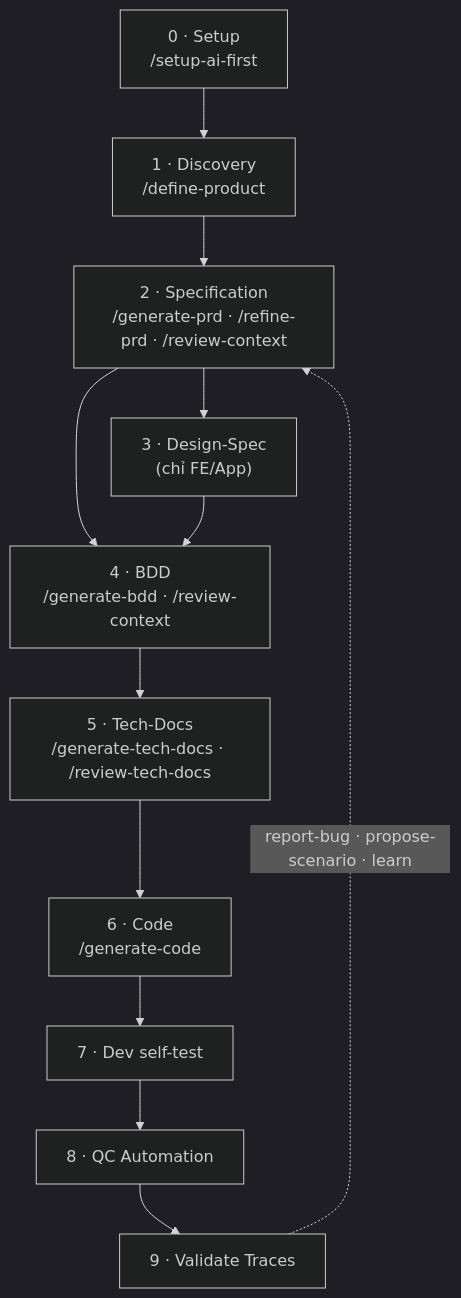
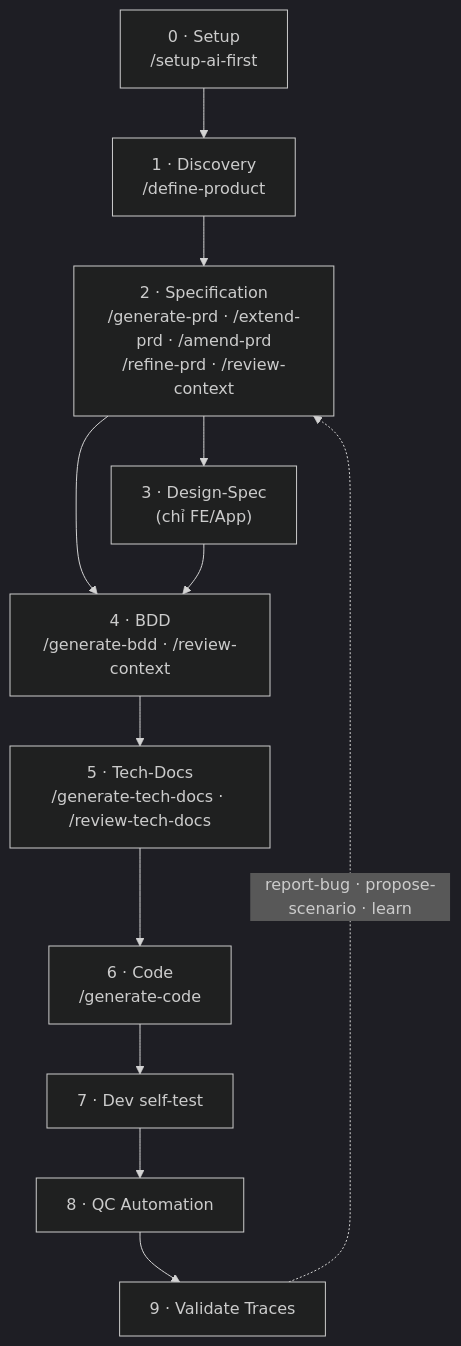
The diagram in 02-concepts/overview.md (duclm2/sdd-guide), drawn with Mermaid (dark theme) before and after one commit. The commit also changed 55 other files, not shown here.

````diff
--- a/02-concepts/overview.md
+++ b/02-concepts/overview.md
@@ -11,14 +11,14 @@
 ```mermaid
 flowchart TD
     S["0 · Setup<br/>/setup-ai-first"] --> D["1 · Discovery<br/>/define-product"]
-    D --> SP["2 · Specification<br/>/generate-prd · /refine-prd · /review-context"]
+    D --> SP["2 · Specification<br/>/generate-prd · /extend-prd · /amend-prd<br/>/refine-prd · /review-context"]
     SP --> DS["3 · Design-Spec<br/>(chỉ FE/App)"]
     SP --> B["4 · BDD<br/>/generate-bdd · /review-context"]
     DS --> B
     B --> T["5 · Tech-Docs<br/>/generate-tech-docs · /review-tech-docs"]
     T --> C["6 · Code<br/>/generate-code"]
     C --> DV["7 · Dev self-test"]
     DV --> Q["8 · QC Automation"]
     Q --> V["9 · Validate Traces"]
     V -.->|"report-bug · propose-scenario · learn"| SP
 ```
````
